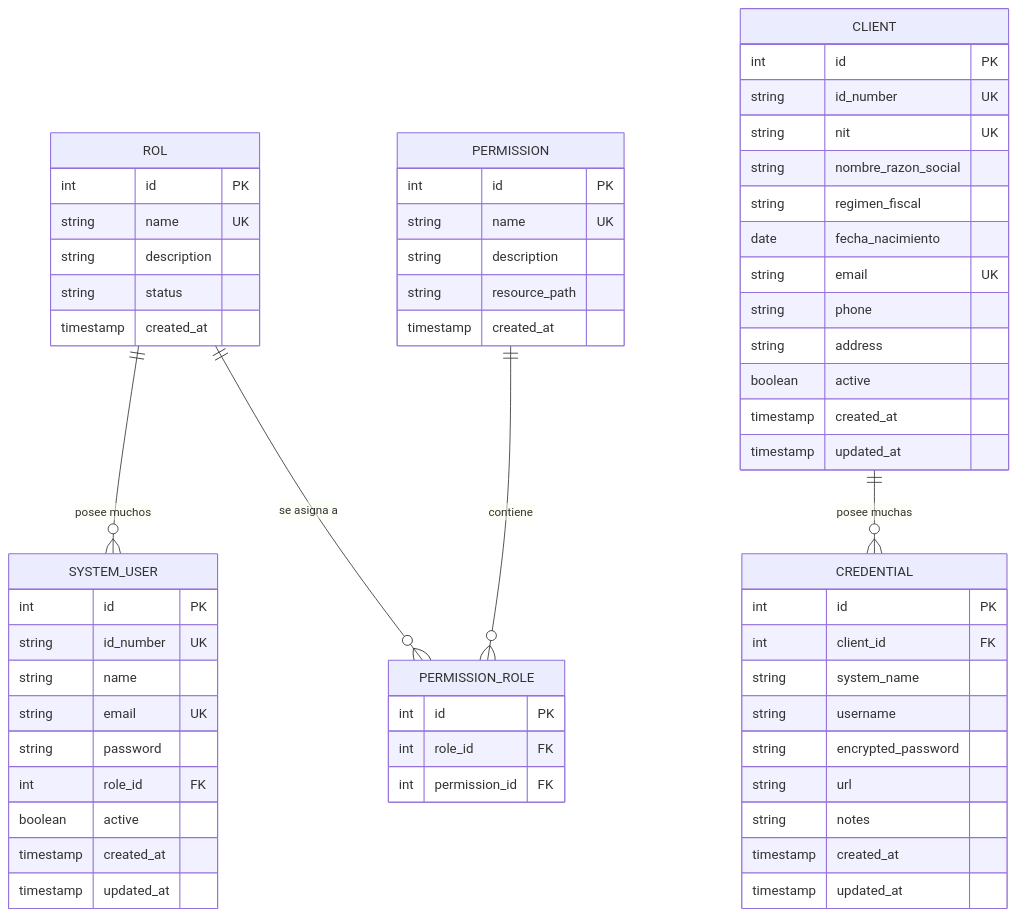
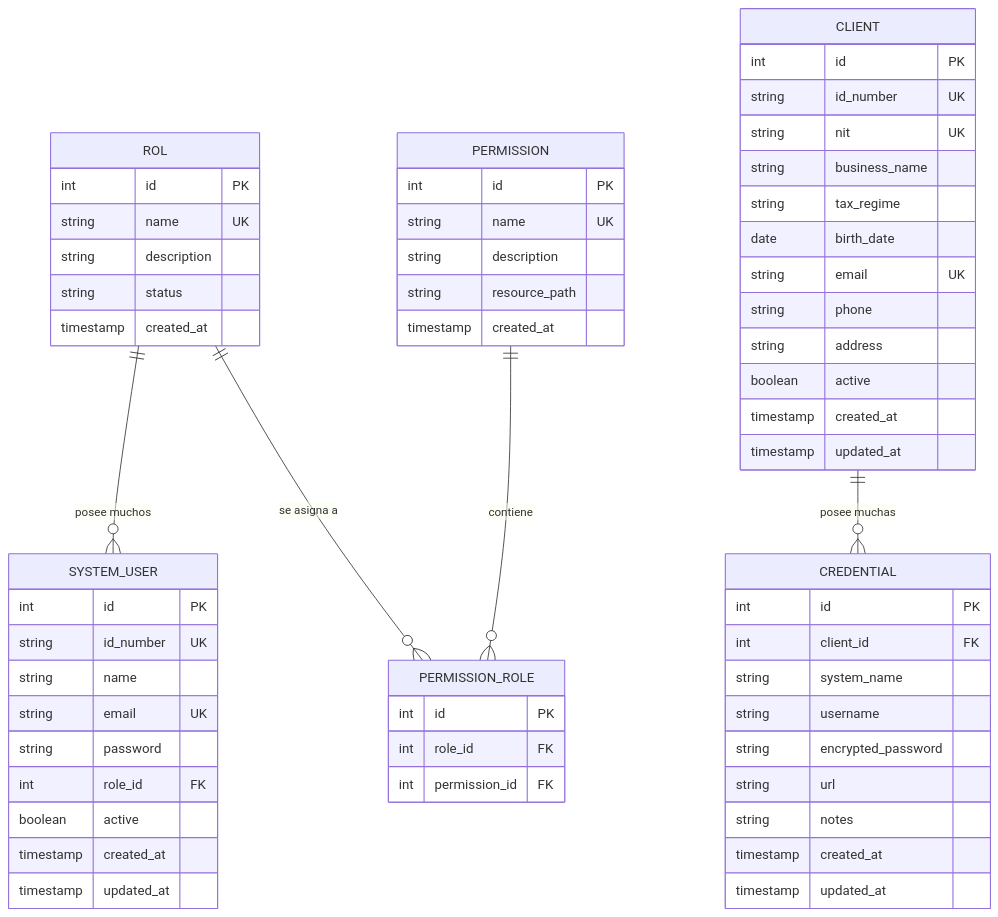
One commit to CarlosOrozco-1/gestion-usuarios-spring-react changed the diagram in docs/database/ER-diagrama.md. Above: the diagram before and after it, drawn with Mermaid. The commit also changed other lines of this file and 16 other files, not shown here.

Commit message:
refactor: normalizar columnas y campos de clientes a ingles (business_name, tax_regime, birth_date)

````diff
--- a/docs/database/ER-diagrama.md
+++ b/docs/database/ER-diagrama.md
@@ -8,68 +8,68 @@
 ```mermaid
 erDiagram
     ROL ||--o{ SYSTEM_USER : "posee muchos"
     ROL ||--o{ PERMISSION_ROLE : "se asigna a"
     PERMISSION ||--o{ PERMISSION_ROLE : "contiene"
     CLIENT ||--o{ CREDENTIAL : "posee muchas"
 
     SYSTEM_USER {
         int id PK
         string id_number UK
         string name
         string email UK
         string password
         int role_id FK
         boolean active
         timestamp created_at
         timestamp updated_at
     }
 
     CLIENT {
         int id PK
         string id_number UK
         string nit UK
-        string nombre_razon_social
-        string regimen_fiscal
-        date fecha_nacimiento
+        string business_name
+        string tax_regime
+        date birth_date
         string email UK
         string phone
         string address
         boolean active
         timestamp created_at
         timestamp updated_at
     }
 
     CREDENTIAL {
         int id PK
         int client_id FK
         string system_name
         string username
         string encrypted_password
         string url
         string notes
         timestamp created_at
         timestamp updated_at
     }
 
     ROL {
         int id PK
         string name UK
         string description
         string status
         timestamp created_at
     }
 
     PERMISSION {
         int id PK
         string name UK
         string description
         string resource_path
         timestamp created_at
     }
 
     PERMISSION_ROLE {
         int id PK
         int role_id FK
         int permission_id FK
     }
 ```
````
